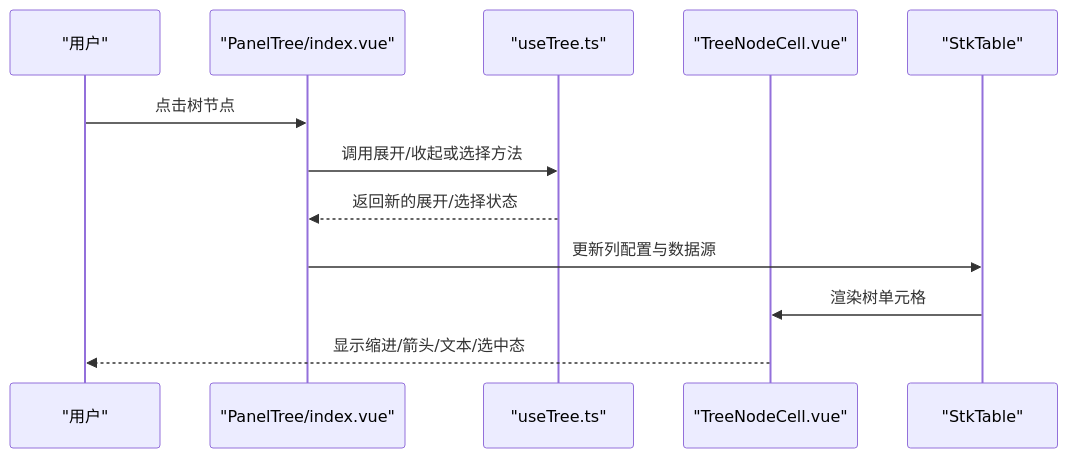
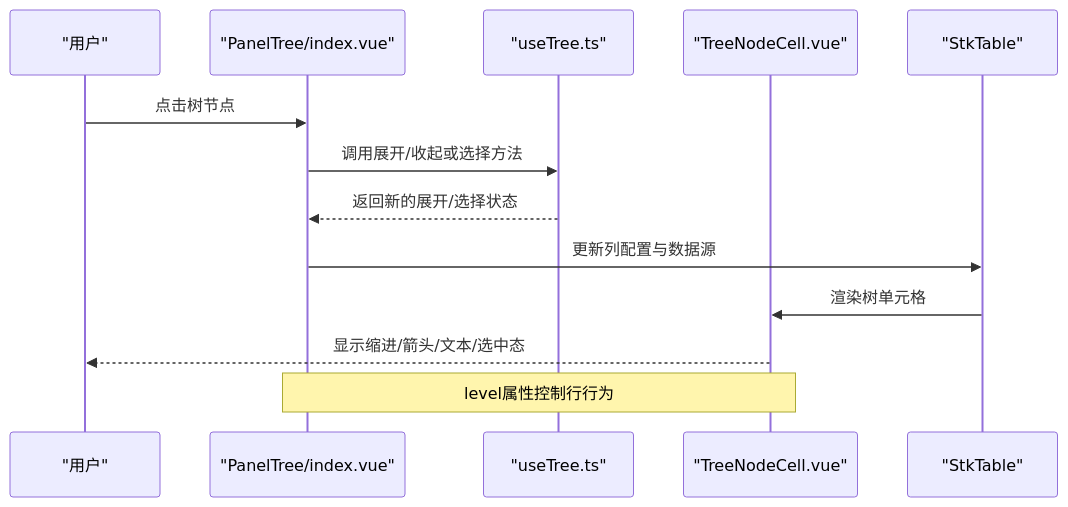
The second of 5 diagrams in .qoder/repowiki/zh/content/示例演示/面板树示例.md (ja-plus/stk-table-vue), drawn with Mermaid before and after one commit. The commit also changed other lines of this file and 19 other files, not shown here.

````diff
--- a/.qoder/repowiki/zh/content/示例演示/面板树示例.md
+++ b/.qoder/repowiki/zh/content/示例演示/面板树示例.md
@@ -71,14 +91,15 @@
 ```mermaid
 sequenceDiagram
 participant U as "用户"
 participant P as "PanelTree/index.vue"
 participant T as "useTree.ts"
 participant C as "TreeNodeCell.vue"
 participant S as "StkTable"
 U->>P : 点击树节点
 P->>T : 调用展开/收起或选择方法
 T-->>P : 返回新的展开/选择状态
 P->>S : 更新列配置与数据源
 S->>C : 渲染树单元格
 C-->>U : 显示缩进/箭头/文本/选中态
+Note over P,C : level属性控制行行为
 ```
````
